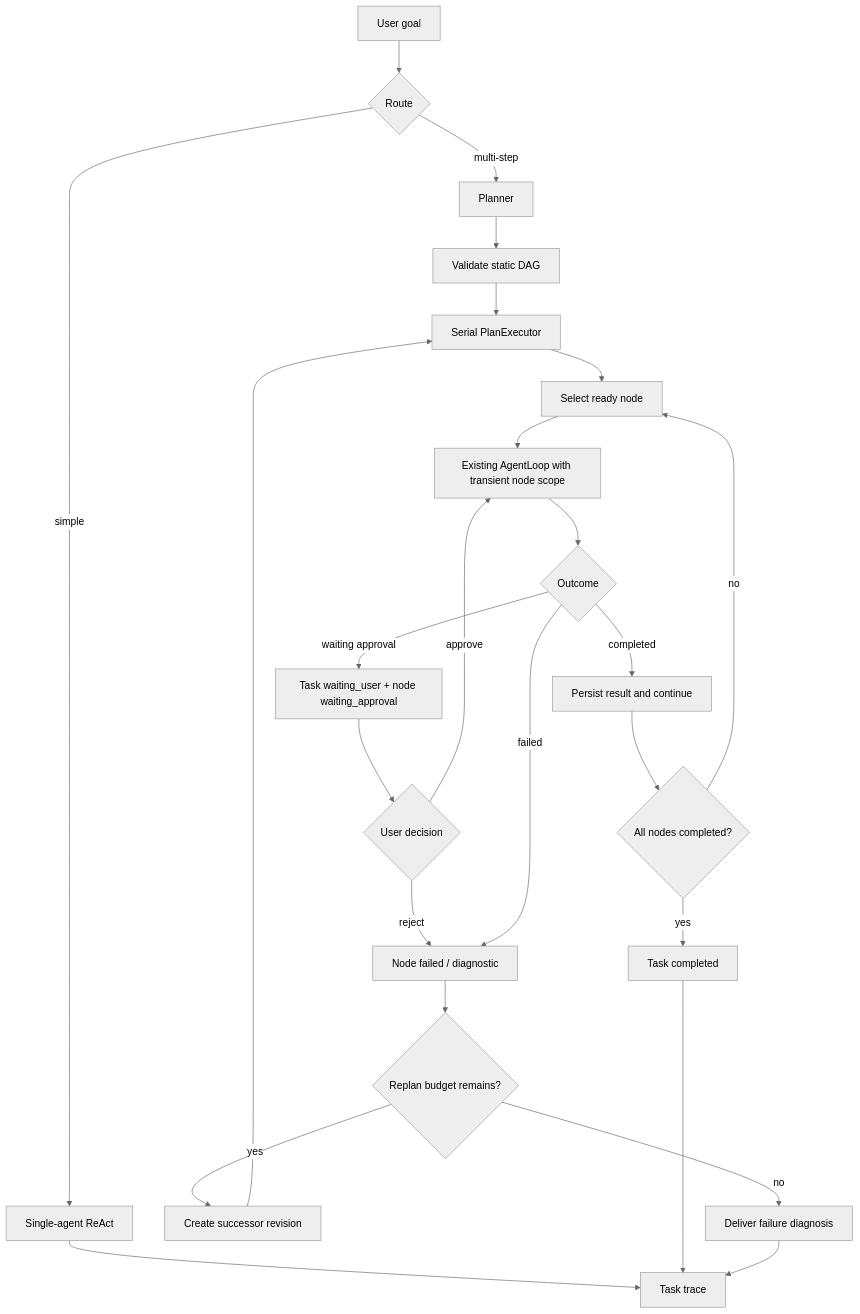
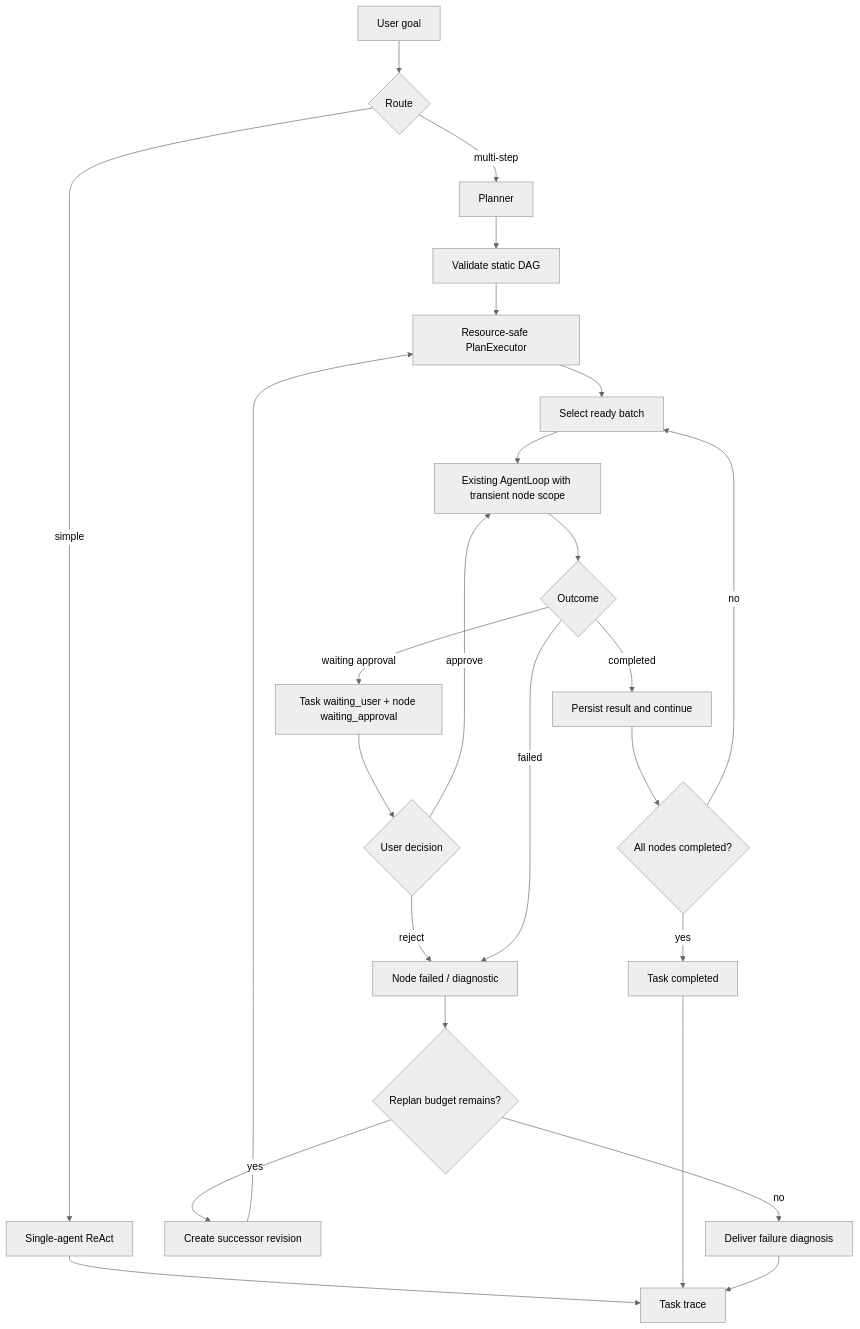
The diagram in docs/PLAN_AND_EXECUTE.md (CuSO41108/agent_study), drawn with Mermaid (neutral theme) before and after one commit. The commit also changed other lines of this file, not shown here.

Commit message:
docs(plan): document resource-safe scheduling boundary

````diff
--- a/docs/PLAN_AND_EXECUTE.md
+++ b/docs/PLAN_AND_EXECUTE.md
@@ -47,27 +55,27 @@
 ```mermaid
 flowchart TD
     A[User goal] --> B{Route}
     B -->|simple| R[Single-agent ReAct]
     B -->|multi-step| P[Planner]
     P --> V[Validate static DAG]
-    V --> E[Serial PlanExecutor]
-    E --> N[Select ready node]
+    V --> E[Resource-safe PlanExecutor]
+    E --> N[Select ready batch]
     N --> L[Existing AgentLoop with transient node scope]
     L --> D{Outcome}
     D -->|completed| C[Persist result and continue]
     D -->|waiting approval| H[Task waiting_user + node waiting_approval]
     H --> Q{User decision}
     Q -->|approve| L
     Q -->|reject| F[Node failed / diagnostic]
     D -->|failed| F
     F --> G{Replan budget remains?}
     G -->|yes| RP[Create successor revision]
     RP --> E
     G -->|no| X[Deliver failure diagnosis]
     C --> Z{All nodes completed?}
     Z -->|no| N
     Z -->|yes| S[Task completed]
     R --> T[Task trace]
     S --> T
     X --> T
 ```
````
